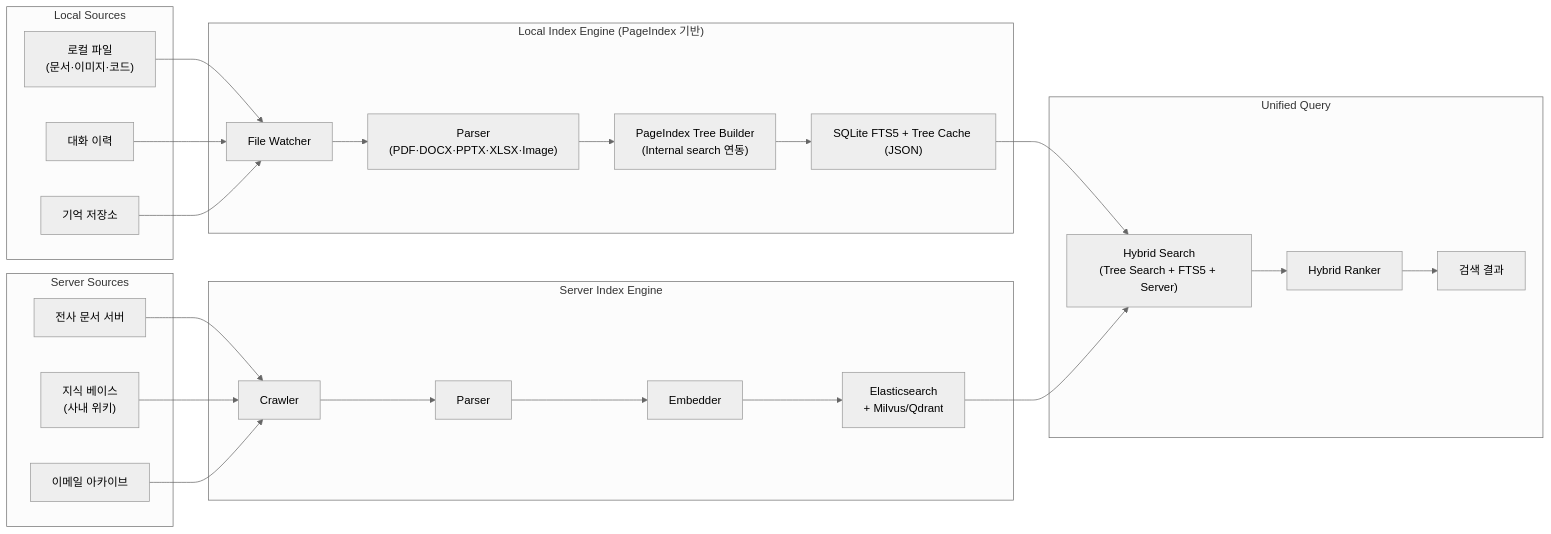
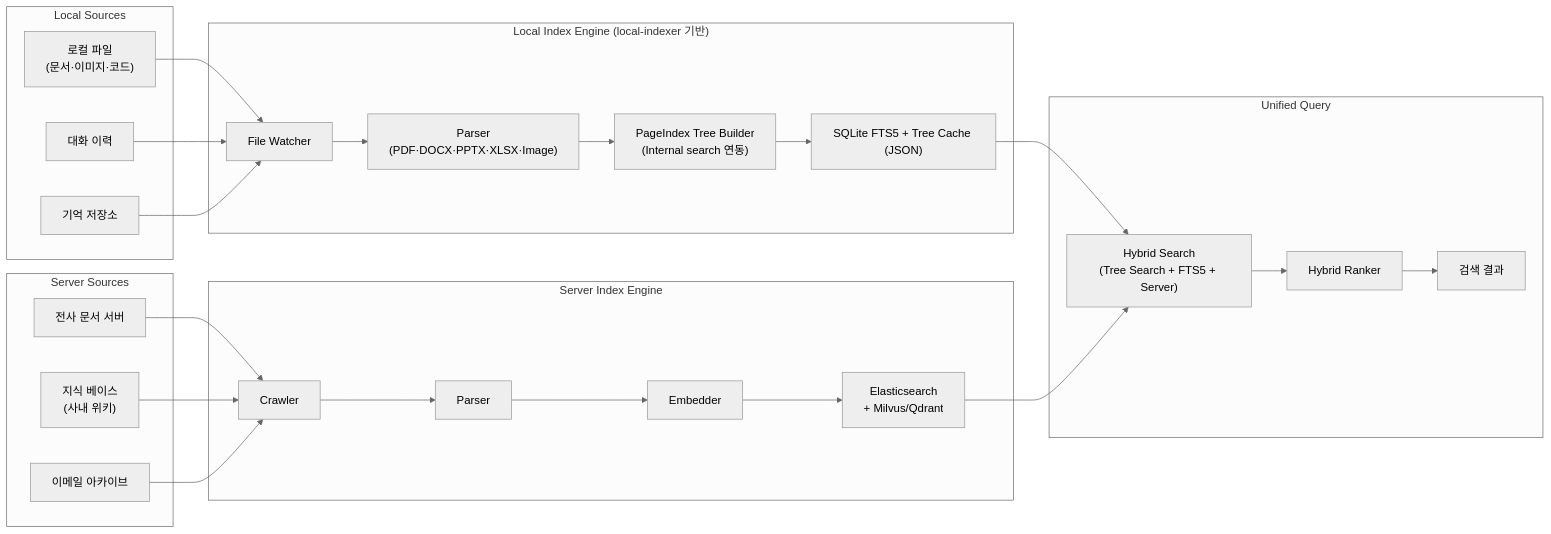
Diagram 42 of 45 in docs/architecture/architecture.md (lvis-project/lvis-app), drawn with Mermaid (neutral theme) before and after one commit. The commit also changed other lines of this file and 16 other files, not shown here.

First line of the commit message:
refactor: rename plugin references pageindex → local-indexer (#504)

````diff
--- a/docs/architecture/architecture.md
+++ b/docs/architecture/architecture.md
@@ -3063,48 +3063,48 @@
 ```mermaid
 flowchart LR
     subgraph "Local Sources"
         L1["로컬 파일<br/>(문서·이미지·코드)"]
         L2["대화 이력"]
         L3["기억 저장소"]
     end
 
     subgraph "Server Sources"
         S1["전사 문서 서버"]
         S2["지식 베이스<br/>(사내 위키)"]
         S3["이메일 아카이브"]
     end
 
-    subgraph "Local Index Engine (PageIndex 기반)"
+    subgraph "Local Index Engine (local-indexer 기반)"
         L_WATCH["File Watcher"]
         L_PARSE["Parser<br/>(PDF·DOCX·PPTX·XLSX·Image)"]
         L_TREE["PageIndex Tree Builder<br/>(Internal search 연동)"]
         L_STORE["SQLite FTS5 + Tree Cache (JSON)"]
     end
 
     subgraph "Server Index Engine"
         S_CRAWL["Crawler"]
         S_PARSE["Parser"]
         S_EMBED["Embedder"]
         S_STORE["Elasticsearch<br/>+ Milvus/Qdrant"]
     end
 
     subgraph "Unified Query"
         HYBRID["Hybrid Search<br/>(Tree Search + FTS5 + Server)"]
         RANKER["Hybrid Ranker"]
         RESULT["검색 결과"]
     end
 
     L1 --> L_WATCH
     L2 --> L_WATCH
     L3 --> L_WATCH
     L_WATCH --> L_PARSE --> L_TREE --> L_STORE
 
     S1 --> S_CRAWL
     S2 --> S_CRAWL
     S3 --> S_CRAWL
     S_CRAWL --> S_PARSE --> S_EMBED --> S_STORE
 
     L_STORE --> HYBRID
     S_STORE --> HYBRID
     HYBRID --> RANKER --> RESULT
 ```
````
